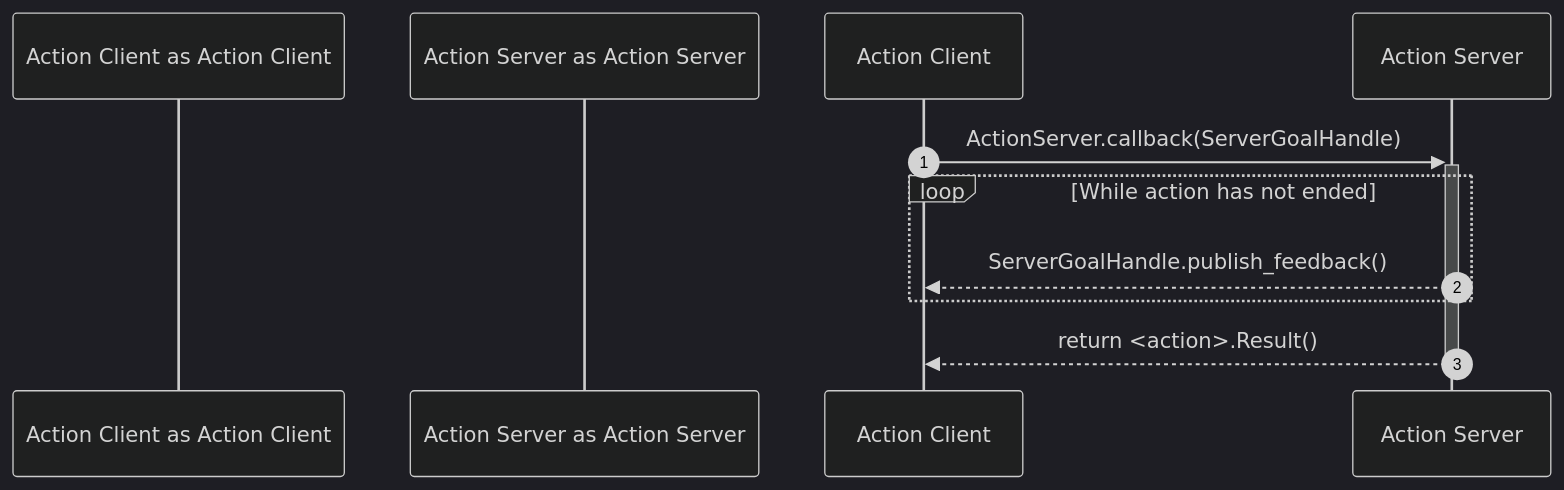
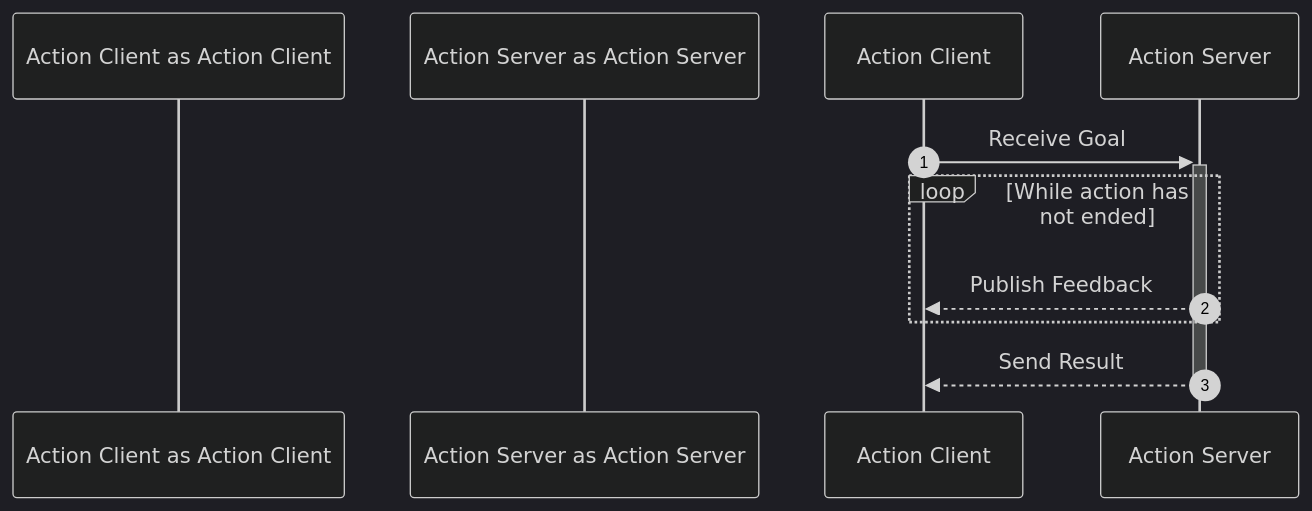
Before and after one commit to mmmarinho/ROS2_Tutorial: the diagram in docs/source/action_servers.rst, drawn with Mermaid. The commit also changed 2 other files, not shown here.

Commit message:
[actions] Simplifying mermaid graphs, fixing comment talking about services.

```diff
--- a/docs/source/action_servers.rst
+++ b/docs/source/action_servers.rst
@@ -26,12 +26,12 @@
 .. mermaid::
 
     %%{init: { "theme" : "dark" }}%%
     sequenceDiagram
         participant Action Client as Action Client
         participant Action Server as Action Server
         autonumber
-        Action Client ->>+ Action Server: ActionServer.callback(ServerGoalHandle)
+        Action Client ->>+ Action Server: Receive Goal
         loop While action has not ended
-        Action Server -->> Action Client: ServerGoalHandle.publish_feedback()
+        Action Server -->> Action Client: Publish Feedback
         end
-        Action Server -->>- Action Client: return <action>.Result()
+        Action Server -->>- Action Client: Send Result
```
